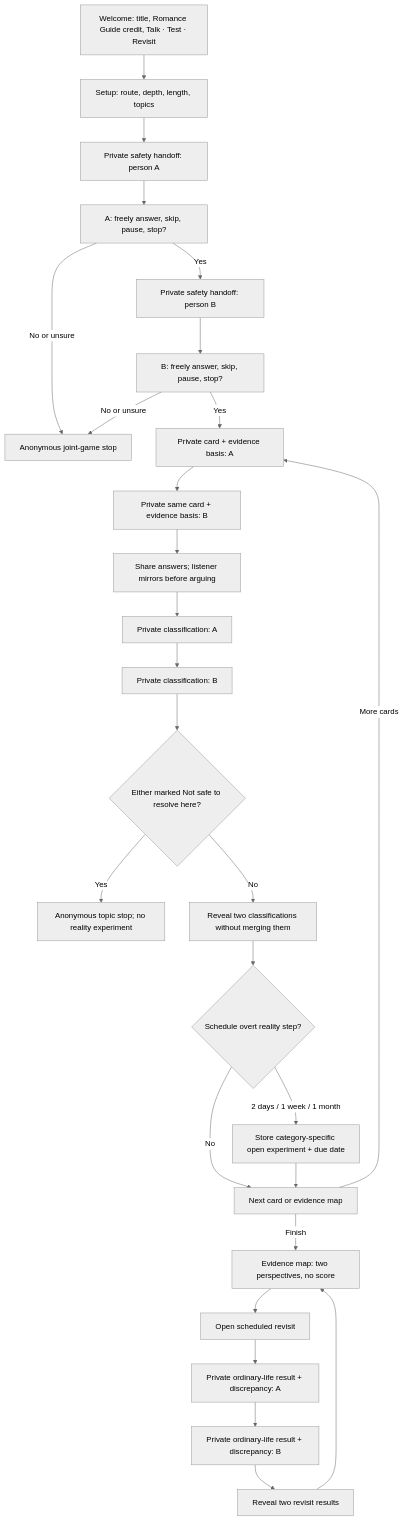
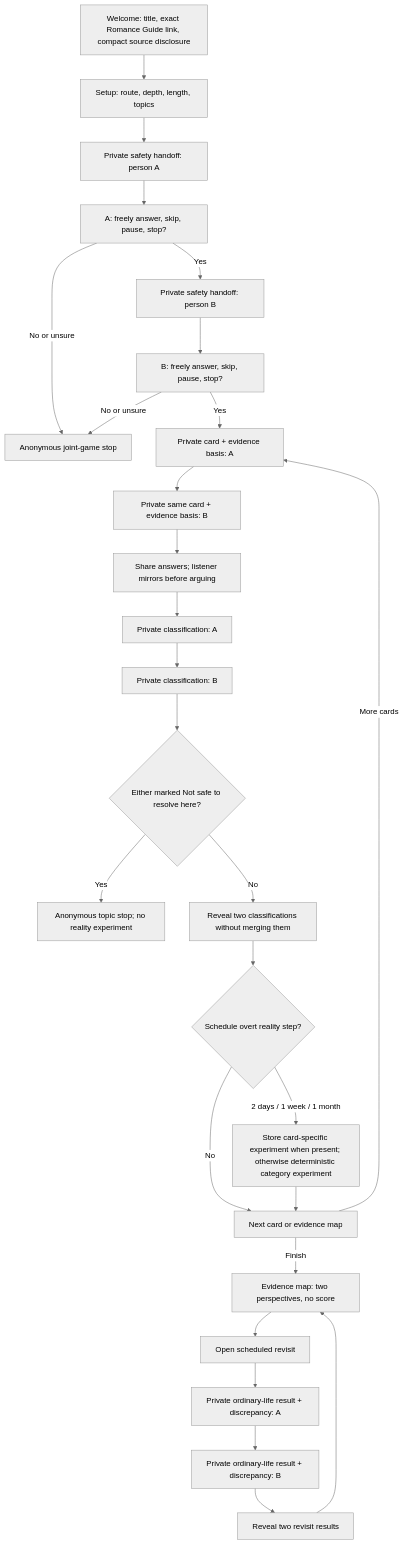
The first of 7 diagrams in product-architectures/love-honestly-card-game/ARCHITECTURE.md (u-dont-existDOTcom/joel-articles), drawn with Mermaid (neutral theme) before and after one commit. The commit also changed other lines of this file, not shown here.

Commit message:
docs: update Love Honestly architecture to v0.3.0

````diff
--- a/product-architectures/love-honestly-card-game/ARCHITECTURE.md
+++ b/product-architectures/love-honestly-card-game/ARCHITECTURE.md
@@ -37,29 +9,29 @@
 ```mermaid
 flowchart TD
-    W["Welcome: title, Romance Guide credit, Talk · Test · Revisit"] --> S["Setup: route, depth, length, topics"]
+    W["Welcome: title, exact Romance Guide link, compact source disclosure"] --> S["Setup: route, depth, length, topics"]
     S --> HA["Private safety handoff: person A"]
     HA --> SA["A: freely answer, skip, pause, stop?"]
     SA -->|"No or unsure"| STOP["Anonymous joint-game stop"]
     SA -->|"Yes"| HB["Private safety handoff: person B"]
     HB --> SB["B: freely answer, skip, pause, stop?"]
     SB -->|"No or unsure"| STOP
     SB -->|"Yes"| EA0["Private card + evidence basis: A"]
     EA0 --> EA1["Private same card + evidence basis: B"]
     EA1 --> D["Share answers; listener mirrors before arguing"]
     D --> CA["Private classification: A"]
     CA --> CB["Private classification: B"]
     CB --> U{"Either marked Not safe to resolve here?"}
     U -->|"Yes"| USTOP["Anonymous topic stop; no reality experiment"]
     U -->|"No"| C["Reveal two classifications without merging them"]
     C --> R{"Schedule overt reality step?"}
     R -->|"No"| N["Next card or evidence map"]
-    R -->|"2 days / 1 week / 1 month"| P["Store category-specific open experiment + due date"]
+    R -->|"2 days / 1 week / 1 month"| P["Store card-specific experiment when present; otherwise deterministic category experiment"]
     P --> N
     N -->|"More cards"| EA0
     N -->|"Finish"| M["Evidence map: two perspectives, no score"]
     M --> RV["Open scheduled revisit"]
     RV --> RA["Private ordinary-life result + discrepancy: A"]
     RA --> RB["Private ordinary-life result + discrepancy: B"]
     RB --> RC["Reveal two revisit results"]
     RC --> M
 ```
````
